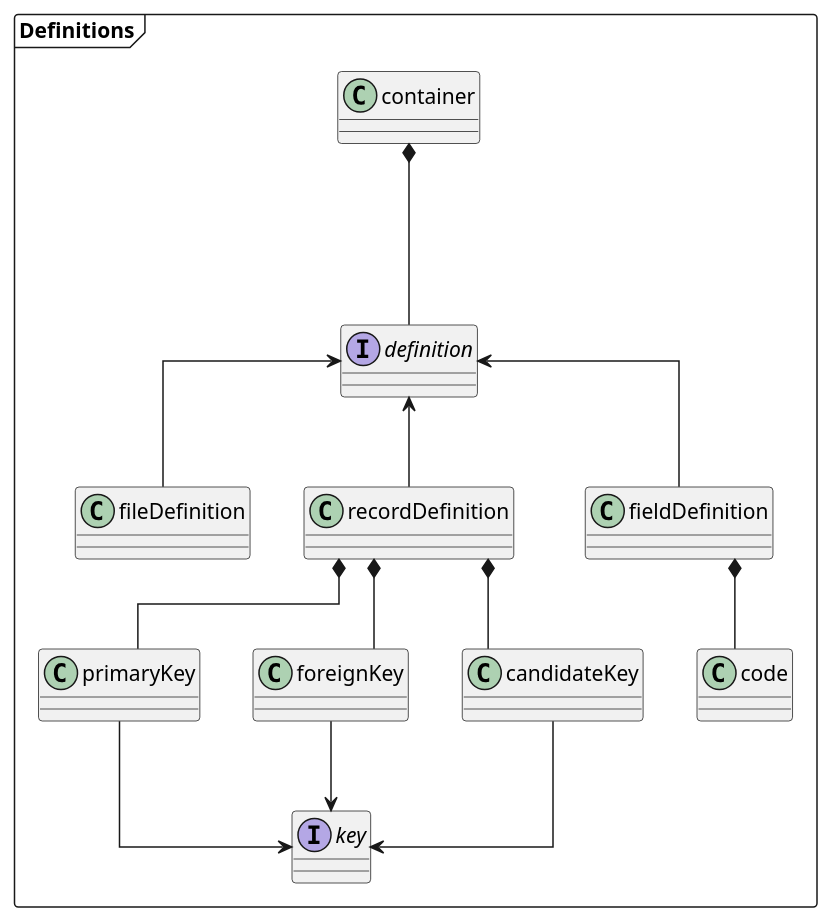
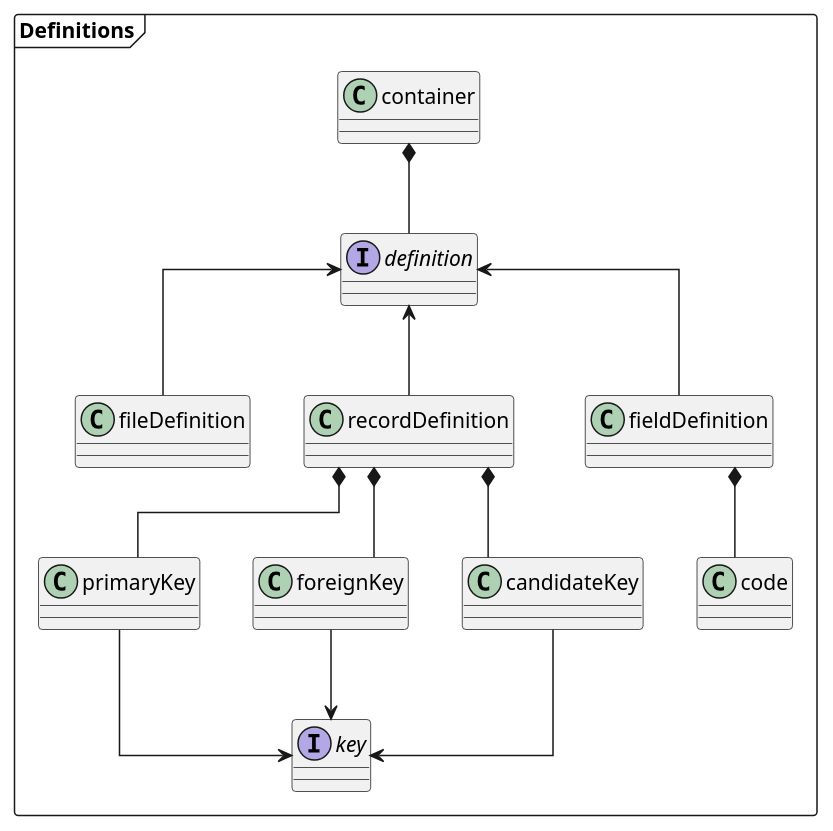
Before and after one commit to joergen-vs/73027c42-c2cd-4c62-b1f4-2532c0eb8dab: the diagram in usage/aspirations/umls/uml-definition.puml, drawn with PlantUML. The commit also changed 3 other files, not shown here.

```diff
--- a/usage/aspirations/umls/uml-definition.puml
+++ b/usage/aspirations/umls/uml-definition.puml
@@ -1,25 +1,25 @@
 @startuml
 skinparam linetype polyline
 skinparam linetype ortho
 
 package "Definitions" <<Frame>> {
-container *--- definition
+container *-- definition
 
 interface definition
 interface key
 
 definition <-- fileDefinition
 definition <-- recordDefinition
 definition <-- fieldDefinition
 
 recordDefinition *-- primaryKey
 recordDefinition *-- foreignKey
 recordDefinition *-- candidateKey
 primaryKey --> key
 foreignKey --> key
 candidateKey --> key
 
 fieldDefinition *-- code
 }
 
 @enduml
```
